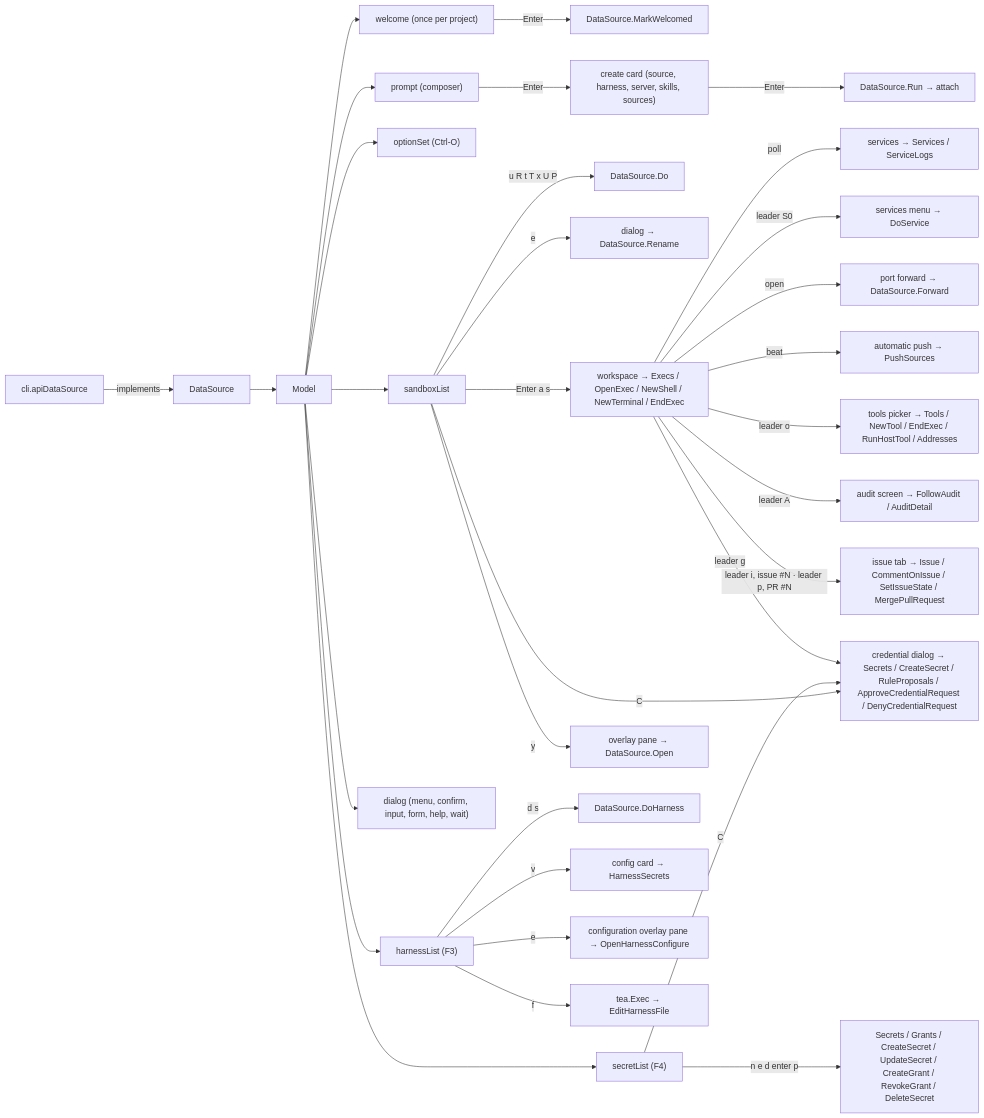
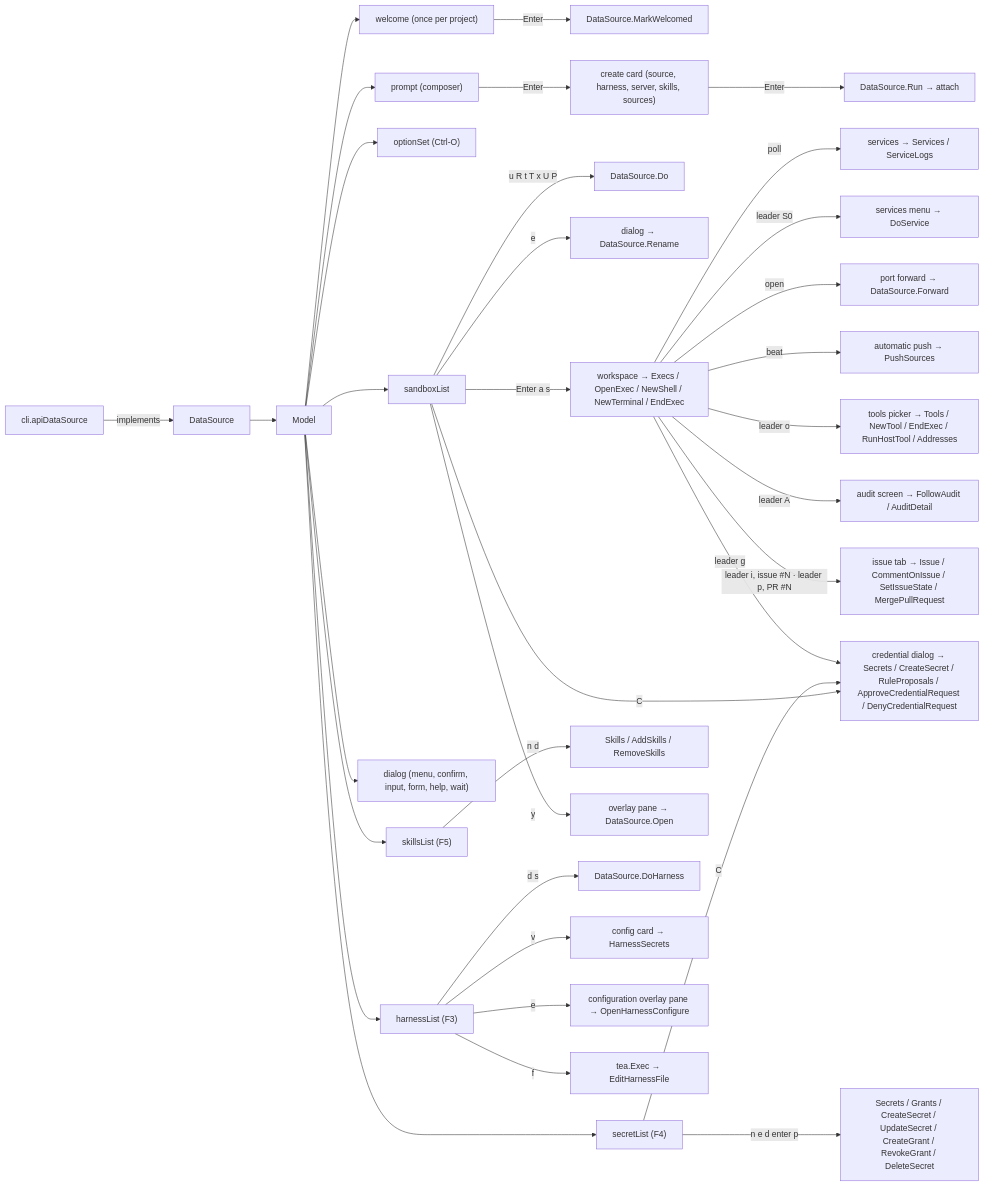
The diagram in cli/internal/tui/DESIGN.md (discobox-ai/discobox), drawn with Mermaid before and after one commit. The commit also changed other lines of this file and 33 other files, not shown here.

````diff
--- a/cli/internal/tui/DESIGN.md
+++ b/cli/internal/tui/DESIGN.md
@@ -14,34 +14,36 @@
 ```mermaid
 flowchart LR
     CLI["cli.apiDataSource"] -->|implements| DS["DataSource"]
     DS --> M["Model"]
     M --> P["prompt (composer)"]
     M --> L["sandboxList"]
     M --> O["optionSet (Ctrl-O)"]
     M --> A["harnessList (F3)"]
     M --> D["dialog (menu, confirm, input, form, help, wait)"]
     M --> W["welcome (once per project)"]
     W -->|Enter| MW["DataSource.MarkWelcomed"]
     P -->|Enter| Card["create card (source, harness, server, skills, sources)"]
     Card -->|Enter| Run["DataSource.Run → attach"]
     L -->|u R t T x U P| Verb["DataSource.Do"]
     L -->|e| Rename["dialog → DataSource.Rename"]
     L -->|Enter a s| WS["workspace → Execs / OpenExec / NewShell / NewTerminal / EndExec"]
     WS -->|poll| Svc["services → Services / ServiceLogs"]
     WS -->|leader S0| SvcMenu["services menu → DoService"]
     WS -->|open| Fwd["port forward → DataSource.Forward"]
     WS -->|beat| Push["automatic push → PushSources"]
     L -->|C| Cred["credential dialog → Secrets / CreateSecret / RuleProposals / ApproveCredentialRequest / DenyCredentialRequest"]
     M --> S["secretList (F4)"]
     S -->|n e d enter p| SVerb["Secrets / Grants / CreateSecret / UpdateSecret / CreateGrant / RevokeGrant / DeleteSecret"]
     S -->|C| Cred
+    M --> K["skillsList (F5)"]
+    K -->|n d| KVerb["Skills / AddSkills / RemoveSkills"]
     WS -->|leader g| Cred
     L -->|y| Overlay["overlay pane → DataSource.Open"]
     WS -->|leader o| T["tools picker → Tools / NewTool / EndExec / RunHostTool / Addresses"]
     WS -->|leader A| Aud["audit screen → FollowAudit / AuditDetail"]
     WS -->|leader i, issue #N · leader p, PR #N| Iss["issue tab → Issue / CommentOnIssue / SetIssueState / MergePullRequest"]
     A -->|d s| AVerb["DataSource.DoHarness"]
     A -->|v| ACard["config card → HarnessSecrets"]
     A -->|e| ACfg["configuration overlay pane → OpenHarnessConfigure"]
     A -->|f| AExec["tea.Exec → EditHarnessFile"]
 ```
````
